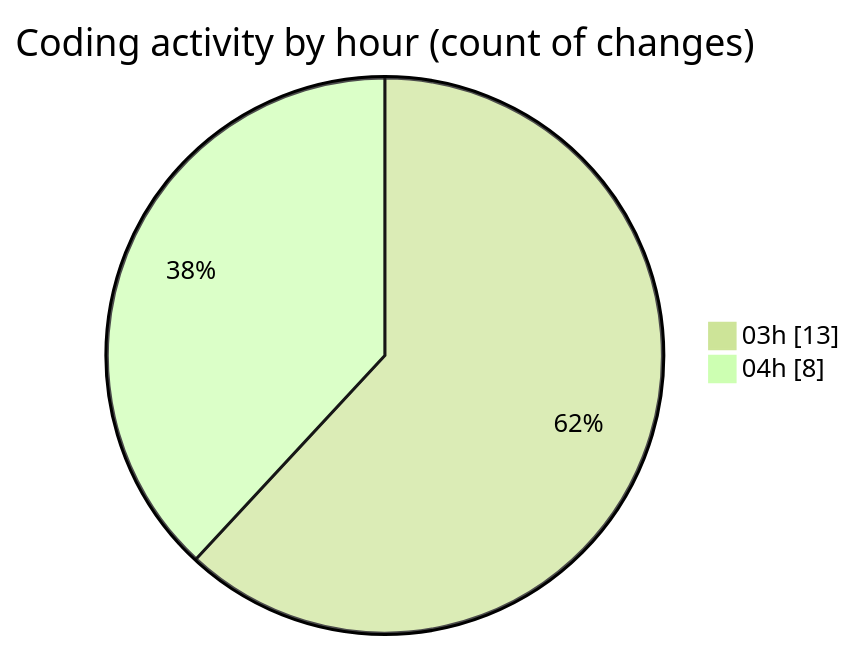
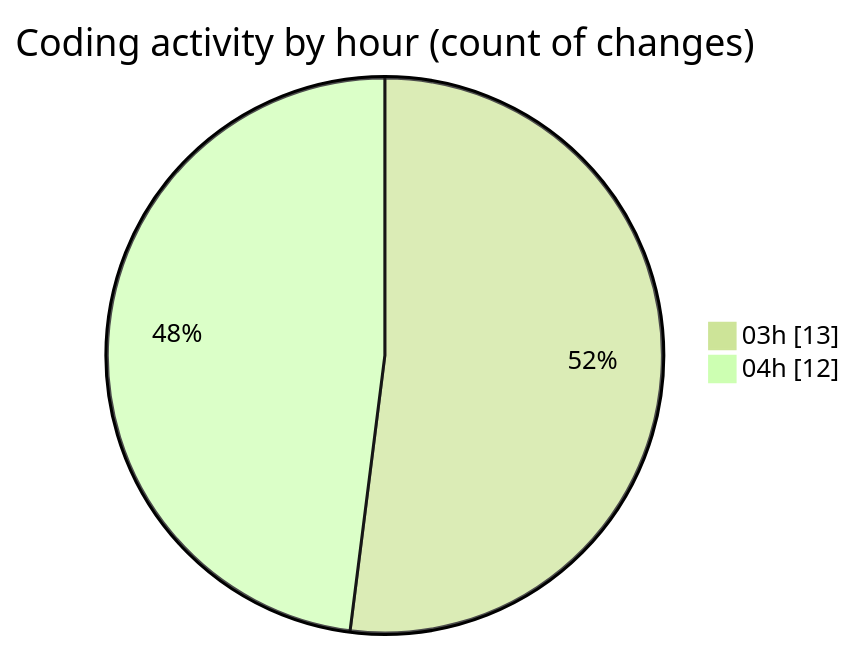
Before and after one commit to shibass792/code-tracking: the second of 2 diagrams in 2026-07-15/shibass-ai/README.md, drawn with Mermaid (forest theme). The commit also changed other lines of this file and 1 other file, not shown here.

````diff
--- a/2026-07-15/shibass-ai/README.md
+++ b/2026-07-15/shibass-ai/README.md
@@ -37,6 +39,6 @@
 ```mermaid
 pie showData
 title Coding activity by hour (count of changes)
 "03h" : 13
-"04h" : 8
+"04h" : 12
 ```
````
